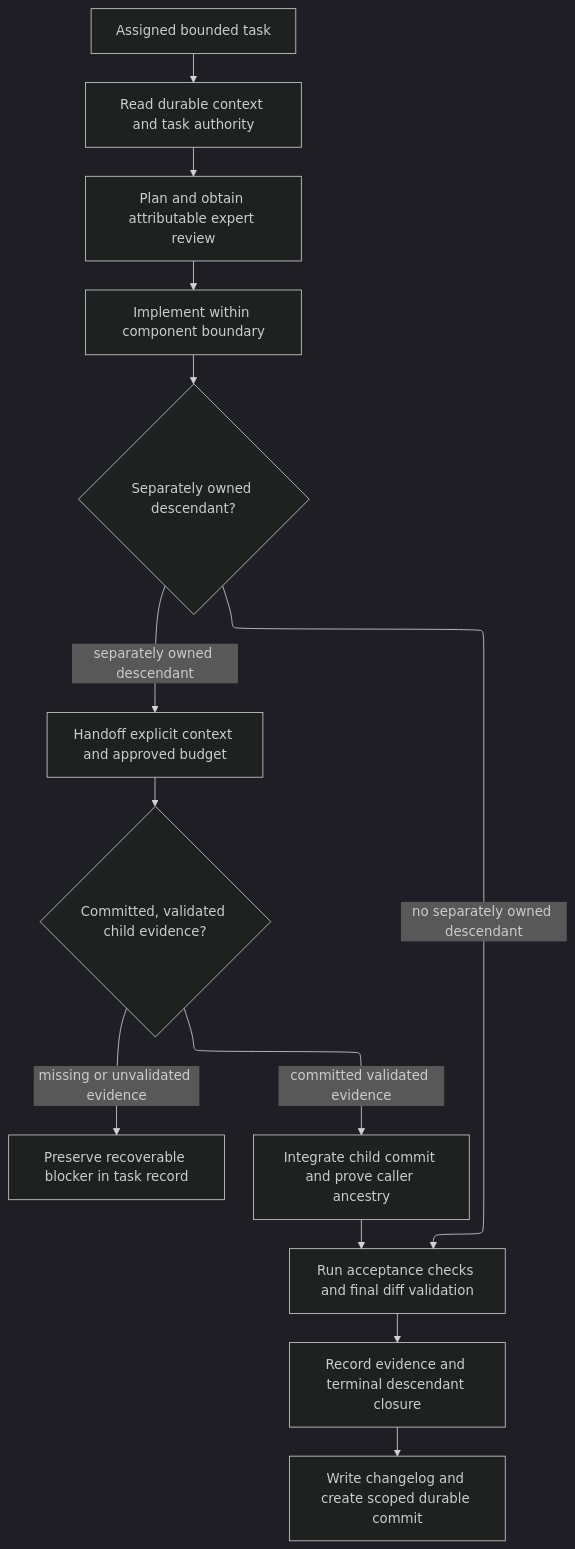
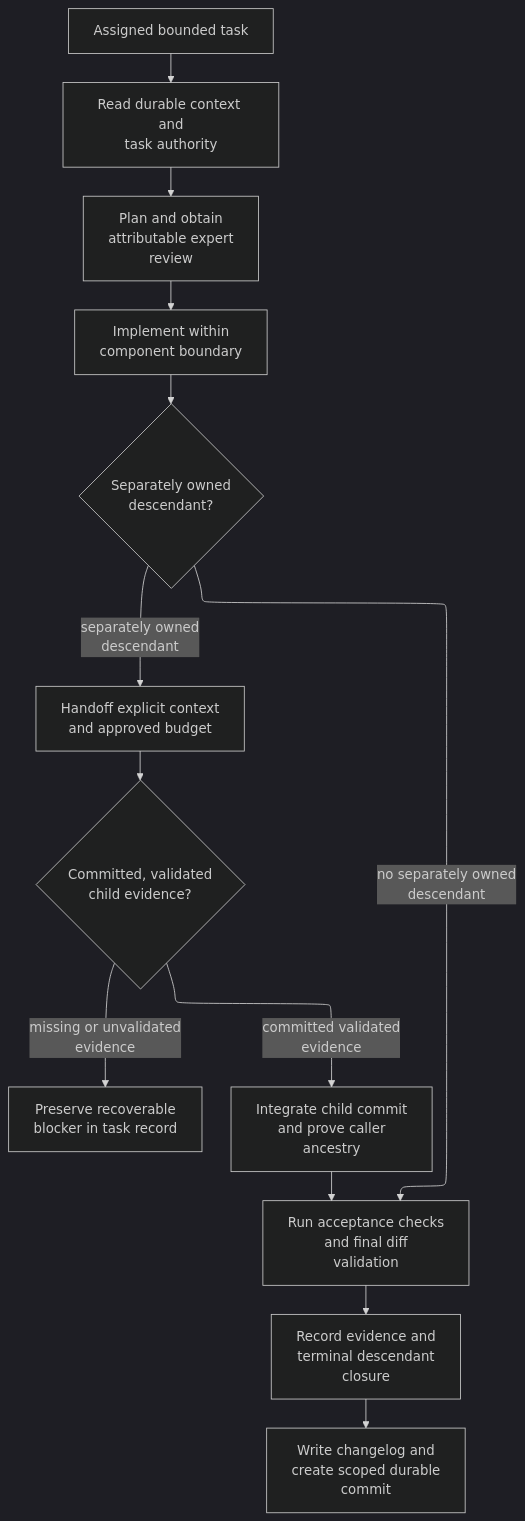
Before and after one commit to abstract-business-systems/as-is: the diagram in agents/component-builder/as-is.md, drawn with Mermaid (dark theme). The commit also changed 47 other files, not shown here.

Commit message:
docs(diagrams): improve Mermaid readability validation

````diff
--- a/agents/component-builder/as-is.md
+++ b/agents/component-builder/as-is.md
@@ -27,19 +27,19 @@
 ```mermaid
 ---
 config:
   layout: elk
 ---
 flowchart TB
-    Task["Assigned bounded task"] --> Context["Read durable context and task authority"]
-    Context --> Review["Plan and obtain attributable expert review"]
-    Review --> Implement["Implement within component boundary"]
-    Implement --> Child{"Separately owned descendant?"}
-    Child -->|no separately owned descendant| Validate["Run acceptance checks and final diff validation"]
-    Child -->|separately owned descendant| Handoff["Handoff explicit context and approved budget"]
-    Handoff --> Evidence{"Committed, validated child evidence?"}
-    Evidence -->|missing or unvalidated evidence| Blocker["Preserve recoverable blocker in task record"]
-    Evidence -->|committed validated evidence| Integrate["Integrate child commit and prove caller ancestry"]
+    Task["Assigned bounded task"] --> Context["Read durable context and<br/>task authority"]
+    Context --> Review["Plan and obtain<br/>attributable expert<br/>review"]
+    Review --> Implement["Implement within<br/>component boundary"]
+    Implement --> Child{"Separately owned<br/>descendant?"}
+    Child -->|no separately owned<br/>descendant| Validate["Run acceptance checks<br/>and final diff<br/>validation"]
+    Child -->|separately owned<br/>descendant| Handoff["Handoff explicit context<br/>and approved budget"]
+    Handoff --> Evidence{"Committed, validated<br/>child evidence?"}
+    Evidence -->|missing or unvalidated<br/>evidence| Blocker["Preserve recoverable<br/>blocker in task record"]
+    Evidence -->|committed validated<br/>evidence| Integrate["Integrate child commit<br/>and prove caller<br/>ancestry"]
     Integrate --> Validate
-    Validate --> Closure["Record evidence and terminal descendant closure"]
-    Closure --> Commit["Write changelog and create scoped durable commit"]
+    Validate --> Closure["Record evidence and<br/>terminal descendant<br/>closure"]
+    Closure --> Commit["Write changelog and<br/>create scoped durable<br/>commit"]
 ```
````
